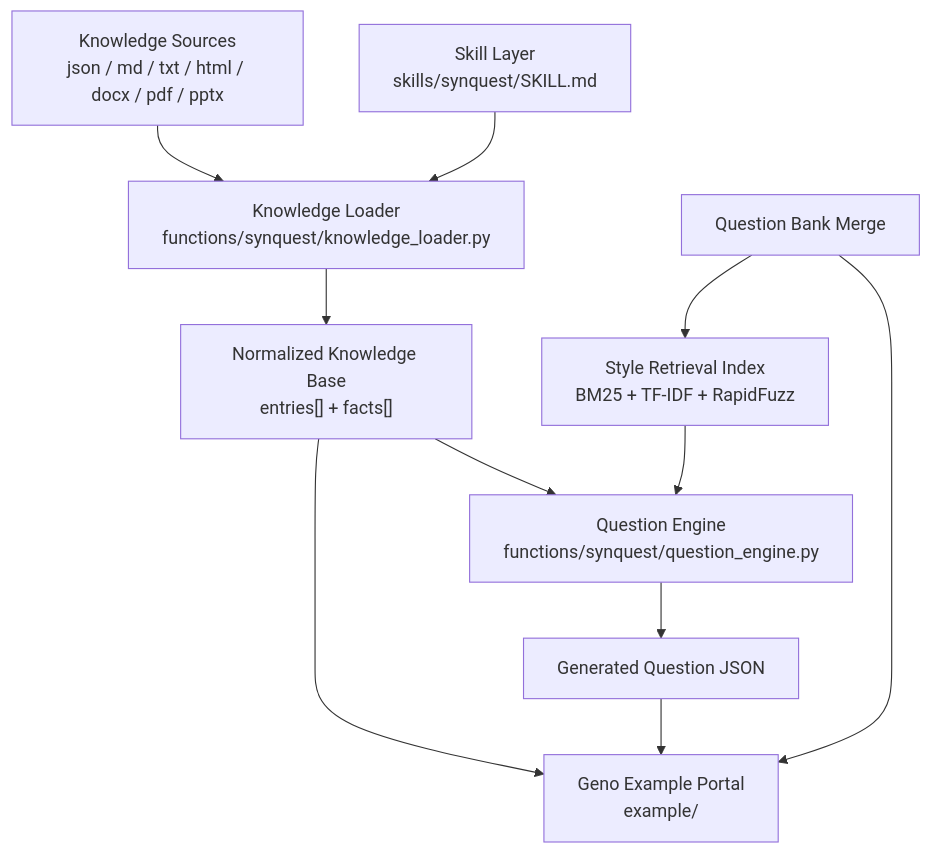
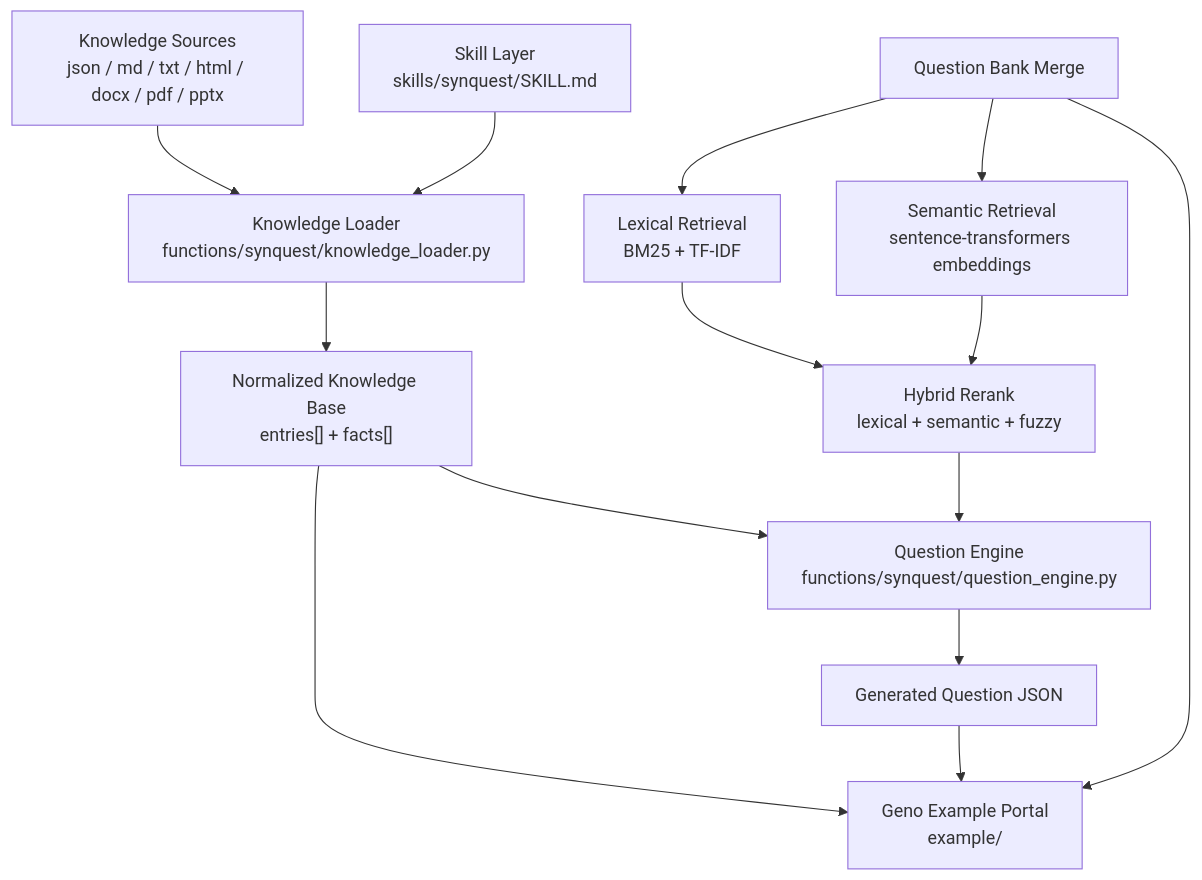
Before and after one commit to Starry-49/SynQuest: the first of 2 diagrams in README.en.md, drawn with Mermaid. The commit also changed other lines of this file and 6 other files, not shown here.

Commit message:
Add semantic SynQuest example questions

````diff
--- a/README.en.md
+++ b/README.en.md
@@ -95,23 +96,28 @@
 ```mermaid
 flowchart TB
     A["Knowledge Sources<br/>json / md / txt / html / docx / pdf / pptx"]
     B["Skill Layer<br/>skills/synquest/SKILL.md"]
     C["Knowledge Loader<br/>functions/synquest/knowledge_loader.py"]
     D["Normalized Knowledge Base<br/>entries[] + facts[]"]
-    E["Style Retrieval Index<br/>BM25 + TF-IDF + RapidFuzz"]
-    F["Question Engine<br/>functions/synquest/question_engine.py"]
-    G["Generated Question JSON"]
-    H["Geno Example Portal<br/>example/"]
-    I["Question Bank Merge"]
+    E["Lexical Retrieval<br/>BM25 + TF-IDF"]
+    F["Semantic Retrieval<br/>sentence-transformers embeddings"]
+    G["Hybrid Rerank<br/>lexical + semantic + fuzzy"]
+    H["Question Engine<br/>functions/synquest/question_engine.py"]
+    I["Generated Question JSON"]
+    J["Geno Example Portal<br/>example/"]
+    K["Question Bank Merge"]
 
     A --> C
     B --> C
     C --> D
-    D --> F
-    I --> E
-    E --> F
+    D --> H
+    K --> E
+    K --> F
+    E --> G
     F --> G
-    D --> H
     G --> H
-    I --> H
+    H --> I
+    D --> J
+    I --> J
+    K --> J
 ```
````
